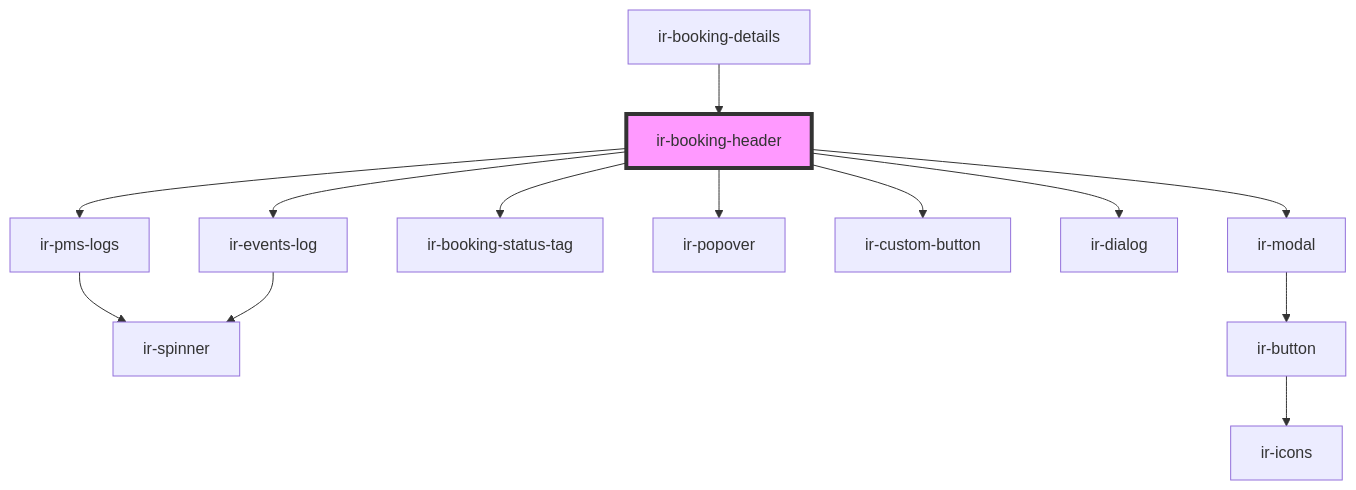
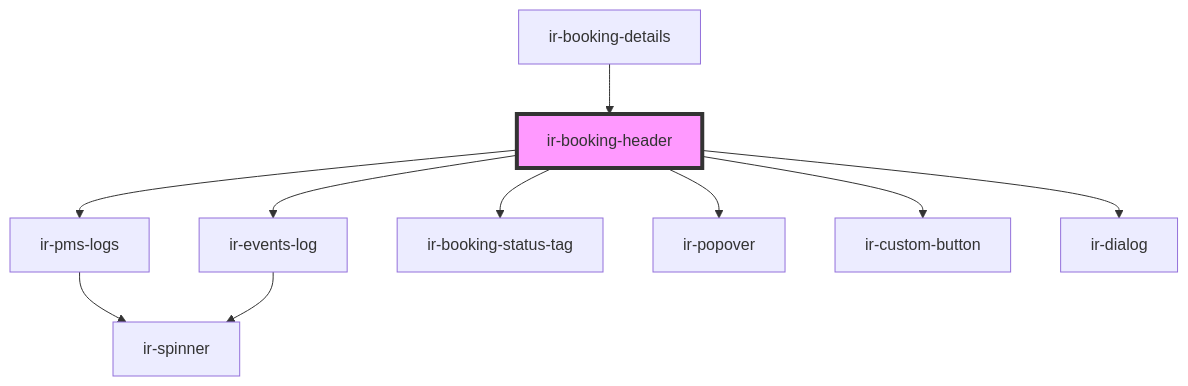
Before and after one commit to David1Chowaifaty/modified-ir-webcmp: the diagram in src/components/ir-booking-details/ir-booking-header/readme.md, drawn with Mermaid. The commit also changed other lines of this file and 69 other files, not shown here.

````diff
--- a/src/components/ir-booking-details/ir-booking-header/readme.md
+++ b/src/components/ir-booking-details/ir-booking-header/readme.md
@@ -48,16 +47,13 @@
 ```mermaid
 graph TD;
   ir-booking-header --> ir-pms-logs
   ir-booking-header --> ir-events-log
   ir-booking-header --> ir-booking-status-tag
   ir-booking-header --> ir-popover
   ir-booking-header --> ir-custom-button
   ir-booking-header --> ir-dialog
-  ir-booking-header --> ir-modal
   ir-pms-logs --> ir-spinner
   ir-events-log --> ir-spinner
-  ir-modal --> ir-button
-  ir-button --> ir-icons
   ir-booking-details --> ir-booking-header
   style ir-booking-header fill:#f9f,stroke:#333,stroke-width:4px
 ```
````
